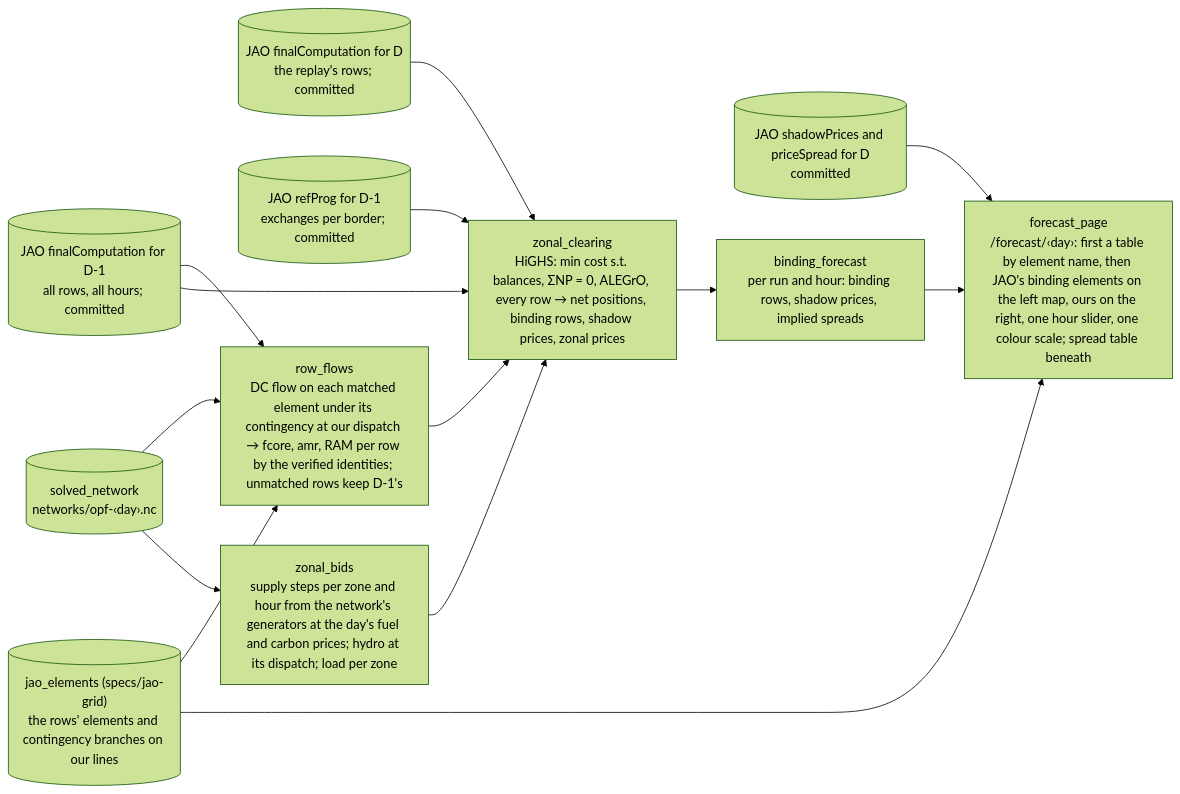
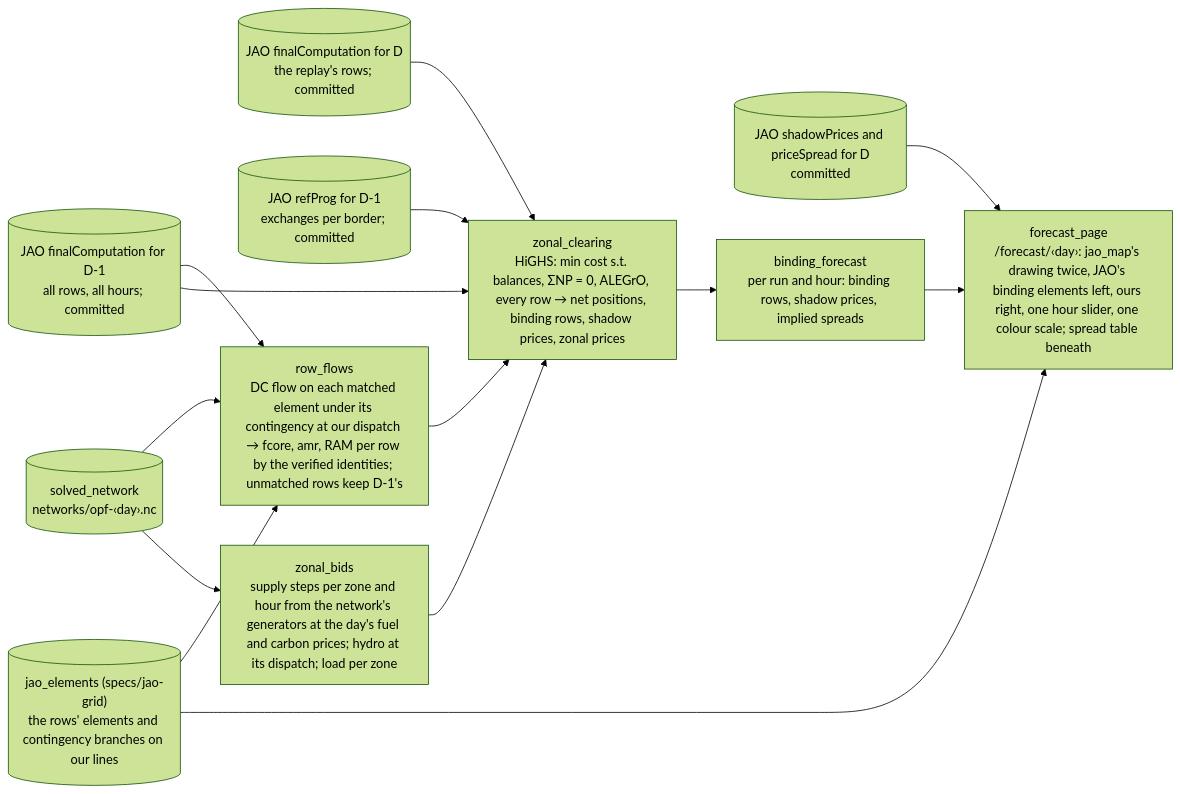
One commit to zoltanmaric/coppersushi changed the diagram in wiki/specs/core-congestion-forecast.md. Above: the diagram before and after it, drawn with Mermaid (forest theme). The commit also changed other lines of this file and 1 other file, not shown here.

First line of the commit message:
Forecast spec: hours and adapter from the jao-grid stack, maps first, the two-floor margin

````diff
--- a/wiki/specs/core-congestion-forecast.md
+++ b/wiki/specs/core-congestion-forecast.md
@@ -45,28 +45,28 @@
 ```mermaid
 flowchart LR
 
     rows_dm1[("JAO finalComputation for D-1<br/>all rows, all hours; committed")]
     rows_d[("JAO finalComputation for D<br/>the replay's rows; committed")]
     truth[("JAO shadowPrices and priceSpread for D<br/>committed")]
     refprog[("JAO refProg for D-1<br/>exchanges per border; committed")]
     grid[("solved_network<br/>networks/opf-‹day›.nc")]
     elements[("jao_elements (specs/jao-grid)<br/>the rows' elements and contingency branches on our lines")]
 
     bids["zonal_bids<br/>supply steps per zone and hour from the network's generators at the day's fuel and carbon prices; hydro at its dispatch; load per zone"]
     flows["row_flows<br/>DC flow on each matched element under its contingency at our dispatch → fcore, amr, RAM per row by the verified identities; unmatched rows keep D-1's"]
     lp["zonal_clearing<br/>HiGHS: min cost s.t. balances, ΣNP = 0, ALEGrO, every row → net positions, binding rows, shadow prices, zonal prices"]
     forecast["binding_forecast<br/>per run and hour: binding rows, shadow prices, implied spreads"]
-    page["forecast_page<br/>/forecast/‹day›: first a table by element name, then JAO's binding elements on the left map, ours on the right, one hour slider, one colour scale; spread table beneath"]
+    page["forecast_page<br/>/forecast/‹day›: jao_map's drawing twice, JAO's binding elements left, ours right, one hour slider, one colour scale; spread table beneath"]
 
     rows_dm1 --> flows
     grid --> flows
     elements --> flows
     flows --> lp
     rows_dm1 --> lp
     rows_d --> lp
     grid --> bids --> lp
     refprog --> lp
     lp --> forecast --> page
     truth --> page
     elements --> page
 ```
````
